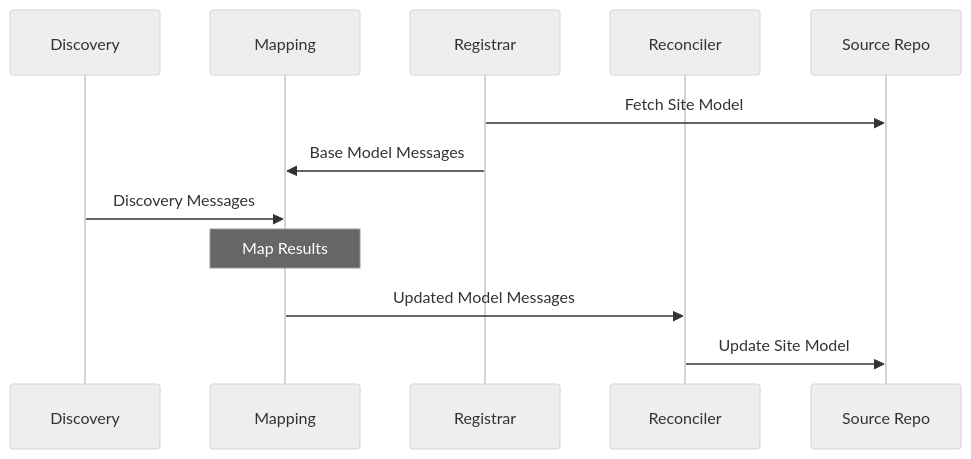
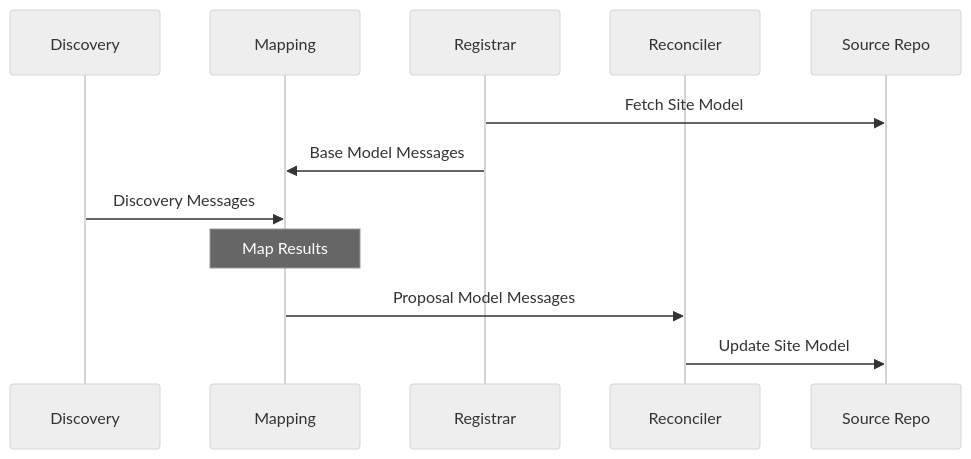
Before and after one commit to grafnu/udmi: the first of 2 diagrams in docs/specs/mapping.md, drawn with Mermaid (neutral theme). The commit also changed other lines of this file, not shown here.

First line of the commit message:
Update mapping spec intro and use Proposal Model Messages

````diff
--- a/docs/specs/mapping.md
+++ b/docs/specs/mapping.md
@@ -22,16 +24,16 @@
 ```mermaid
 sequenceDiagram
   %%{wrap}%%
   participant Discovery
   participant Mapping
   participant Registrar
   participant Reconciler
   participant Source Repo
   
   Registrar->>Source Repo: Fetch Site Model
   Registrar->>Mapping: Base Model Messages
   Discovery->>Mapping: Discovery Messages
   Note over Mapping: Map Results
-  Mapping->>Reconciler: Updated Model Messages
+  Mapping->>Reconciler: Proposal Model Messages
   Reconciler->>Source Repo: Update Site Model
 ```
````
